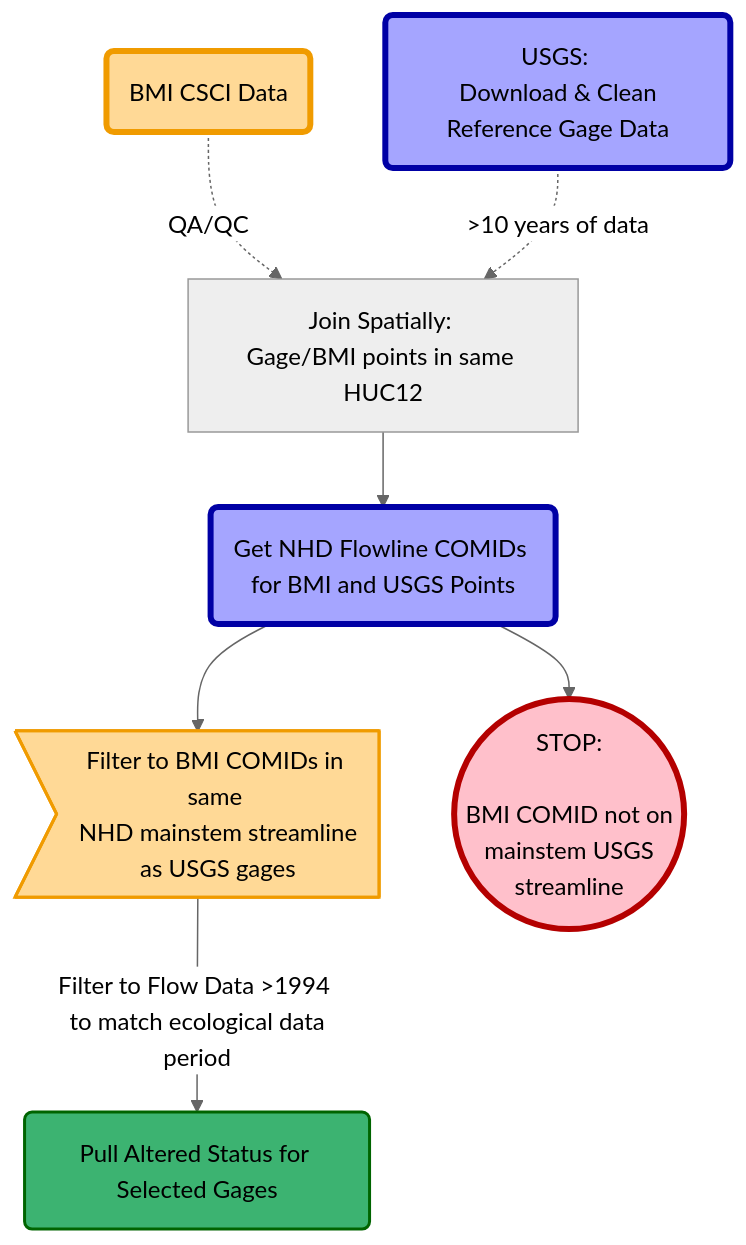
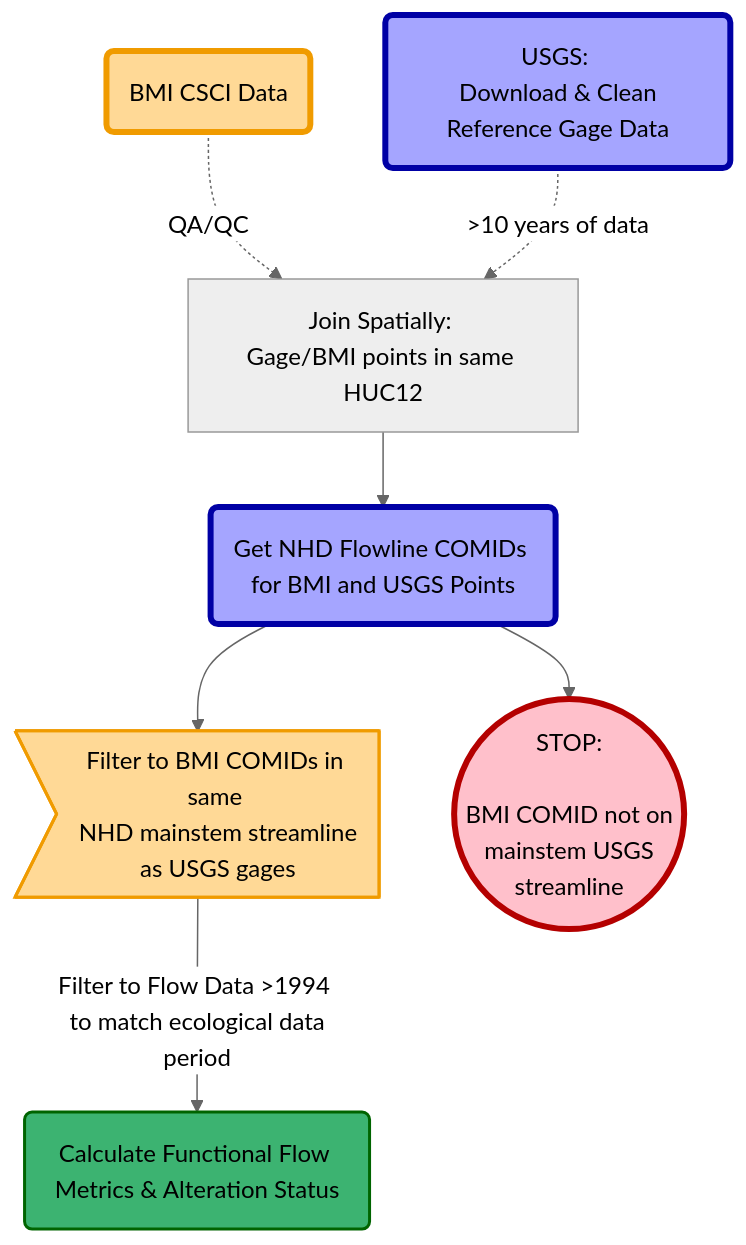
The diagram in docs/analysis_flowchart_spatial_join.mmd (ceff-tech/bmi_ffm_links), drawn with Mermaid (neutral theme) before and after one commit. The commit also changed 2 other files, not shown here.

```diff
--- a/docs/analysis_flowchart_spatial_join.mmd
+++ b/docs/analysis_flowchart_spatial_join.mmd
@@ -1,15 +1,15 @@
 graph TB;
 
   A(BMI CSCI Data)-.->|QA/QC| C[Join Spatially: <br>Gage/BMI points in same HUC12]
   B(USGS: <br> Download & Clean Reference Gage Data)-.->|>10 years of data| C
   C--> D(Get NHD Flowline COMIDs for BMI and USGS Points)
   D--> E>Filter to BMI COMIDs in same <br> NHD mainstem streamline as USGS gages]
   D--> F((STOP: <br><br> BMI COMID not on <br>mainstem USGS <br>streamline))
-  E-->|Filter to Flow Data >1994 <br> to match ecological data period| G(Pull Altered Status for Selected Gages)
+  E-->|Filter to Flow Data >1994 <br> to match ecological data period| G(Calculate Functional Flow Metrics & Alteration Status)
   
   style A fill:#ffd996,stroke:#f09b00,stroke-width:4px
   style B fill:#a5a5ff,stroke:#0000a5,stroke-width:4px
   style E fill:#ffd996,stroke:#f09b00,stroke-width:2px
   style D fill:#a5a5ff,stroke:#0000a5,stroke-width:4px
   style F fill:#ffc0cb,stroke:#b40000,stroke-width:4px
   style G fill:#3CB371,stroke:#006400,stroke-width:2px
```
